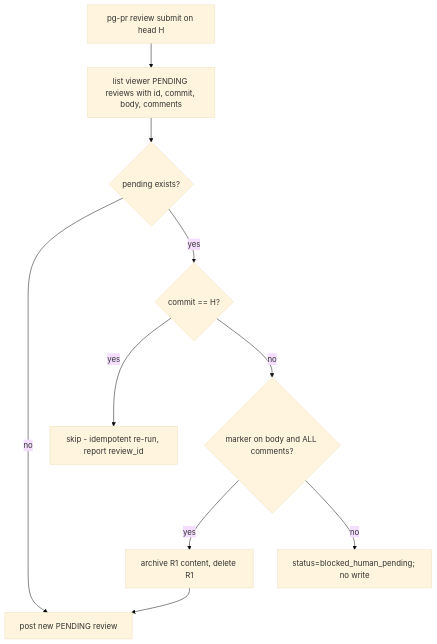
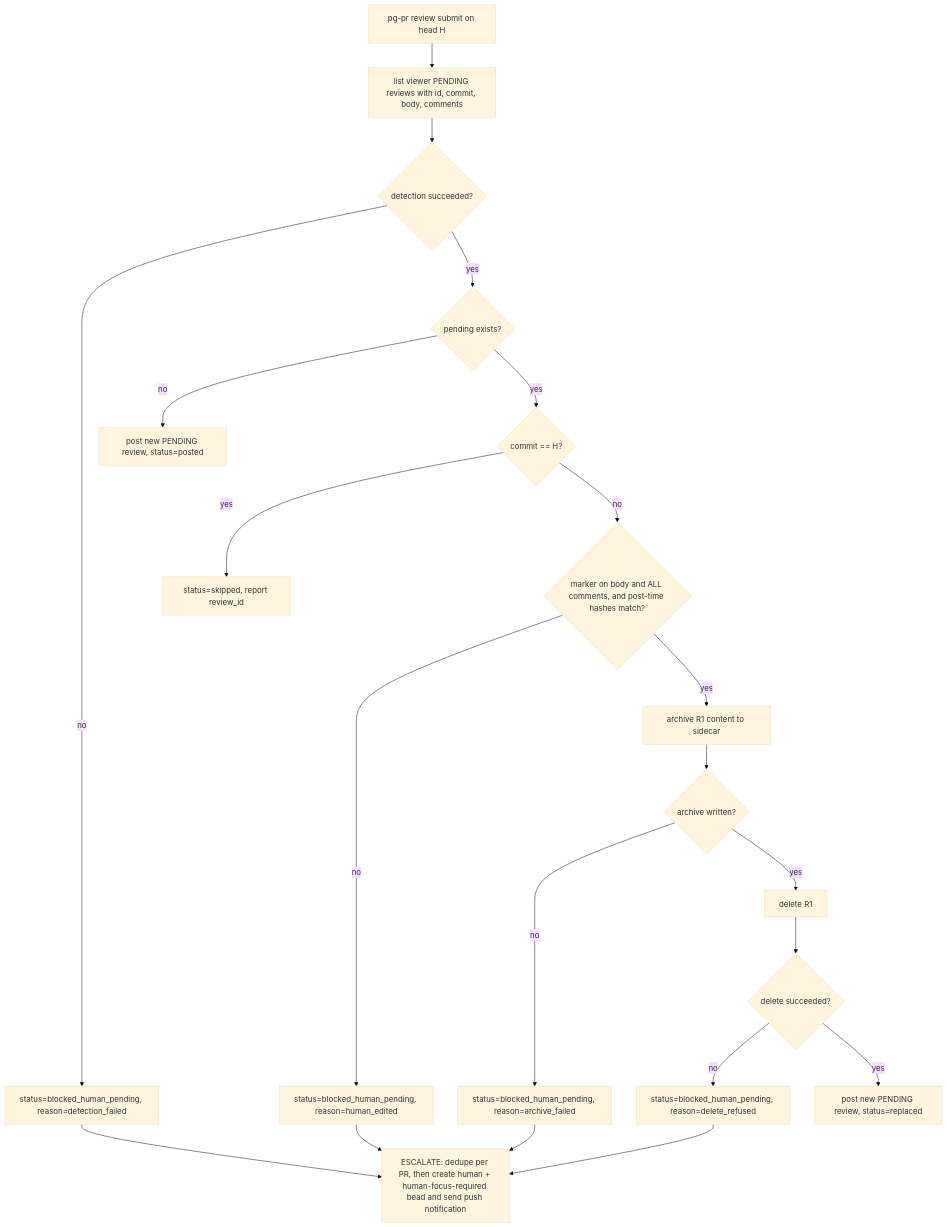
The third of 3 diagrams in docs/superpowers/specs/2026-09-29-pending-review-handling-investigation.md (phillipgreenii/nix-agent-support), drawn with Mermaid (base theme) before and after one commit. The commit also changed other lines of this file, not shown here.

First line of the commit message:
docs(pg-pr): amend pending-review investigation per operator ruling

````diff
--- a/docs/superpowers/specs/2026-09-29-pending-review-handling-investigation.md
+++ b/docs/superpowers/specs/2026-09-29-pending-review-handling-investigation.md
@@ -114,12 +154,24 @@
 ```mermaid
 flowchart TD
     A[pg-pr review submit on head H] --> B[list viewer PENDING reviews with id, commit, body, comments]
-    B --> C{pending exists?}
-    C -- no --> P[post new PENDING review]
+    B --> B1{detection succeeded?}
+    B1 -- no --> X[status=blocked_human_pending, reason=detection_failed]
+    B1 -- yes --> C{pending exists?}
+    C -- no --> P[post new PENDING review, status=posted]
     C -- yes --> D{commit == H?}
-    D -- yes --> S[skip - idempotent re-run, report review_id]
-    D -- no --> E{marker on body and ALL comments?}
-    E -- yes --> F[archive R1 content, delete R1]
-    F --> P
-    E -- no --> G[status=blocked_human_pending; no write]
+    D -- yes --> S[status=skipped, report review_id]
+    D -- no --> E{marker on body and ALL comments, and post-time hashes match?}
+    E -- no --> Y[status=blocked_human_pending, reason=human_edited]
+    E -- yes --> F[archive R1 content to sidecar]
+    F --> F1{archive written?}
+    F1 -- no --> Z[status=blocked_human_pending, reason=archive_failed]
+    F1 -- yes --> G[delete R1]
+    G --> G1{delete succeeded?}
+    G1 -- no --> W[status=blocked_human_pending, reason=delete_refused]
+    G1 -- yes --> R[post new PENDING review, status=replaced]
+    X --> ESC
+    Y --> ESC
+    Z --> ESC
+    W --> ESC
+    ESC[ESCALATE: dedupe per PR, then create human + human-focus-required bead and send push notification]
 ```
````
